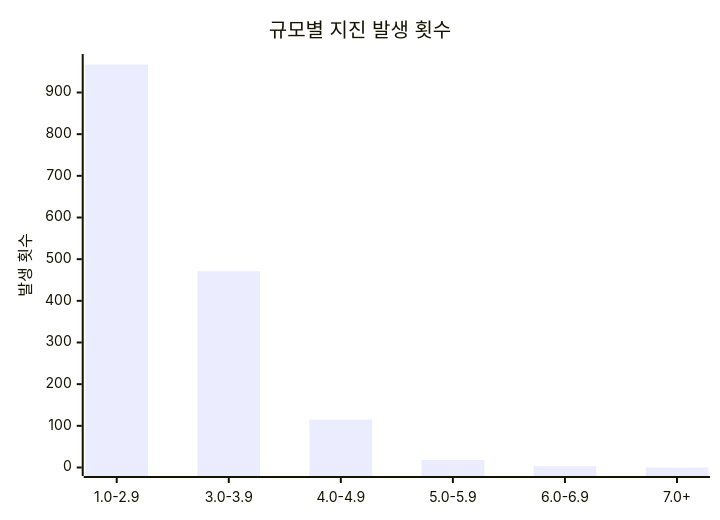
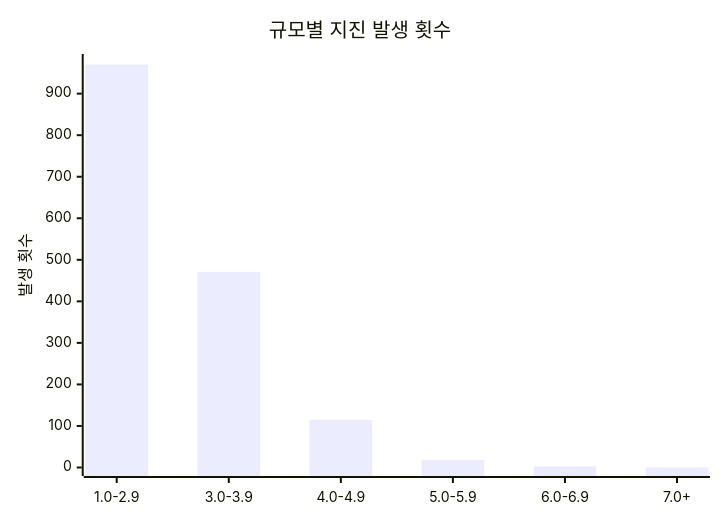
One commit to serendip811/japan-eq changed the diagram in charts/magnitude-chart.md. Above: the diagram before and after it, drawn with Mermaid. The commit also changed other lines of this file and 5 other files, not shown here.

Commit message:
Update earthquake data and charts Mon Jul  7 17:04:10 UTC 2025

````diff
--- a/charts/magnitude-chart.md
+++ b/charts/magnitude-chart.md
@@ -3,7 +3,7 @@
 ```mermaid
 xychart-beta
     title "규모별 지진 발생 횟수"
     x-axis [1.0-2.9, 3.0-3.9, 4.0-4.9, 5.0-5.9, 6.0-6.9, 7.0+]
-    y-axis "발생 횟수" 0 --> 972
-    bar [967, 471, 115, 18, 3, 0]
+    y-axis "발생 횟수" 0 --> 975
+    bar [970, 471, 115, 18, 3, 0]
 ```
````
